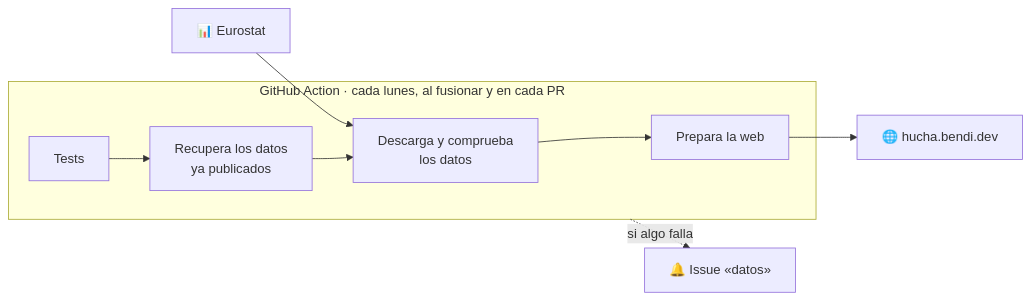
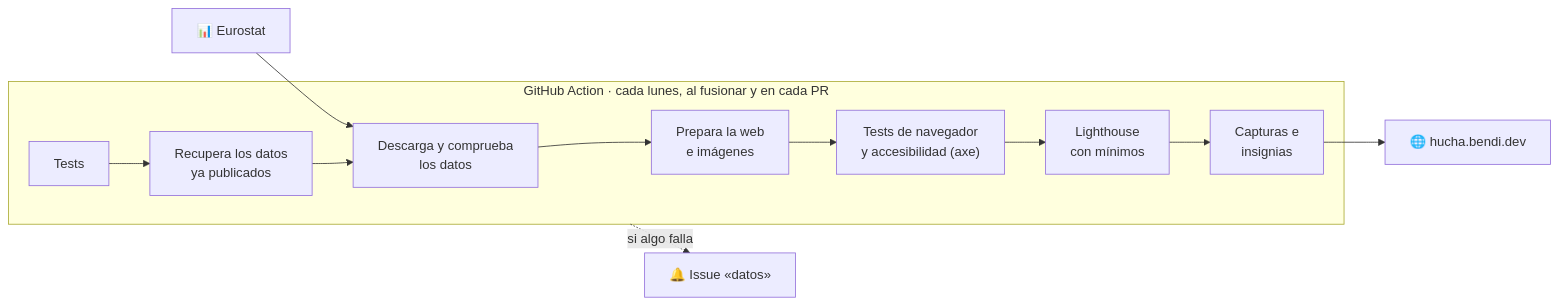
One commit to serbenda/hucha changed the diagram in README.md. Above: the diagram before and after it, drawn with Mermaid. The commit also changed other lines of this file, not shown here.

Commit message:
README: insignias de Lighthouse, capturas y cómo se prueba

````diff
--- a/README.md
+++ b/README.md
@@ -50,9 +72,10 @@
 ```mermaid
 flowchart LR
     EU["📊 Eurostat"] --> DES
     subgraph Action["GitHub Action · cada lunes, al fusionar y en cada PR"]
-        TEST["Tests"] --> REC["Recupera los datos<br/>ya publicados"] --> DES["Descarga y comprueba<br/>los datos"] --> WEB["Prepara la web"]
+        TEST["Tests"] --> REC["Recupera los datos<br/>ya publicados"] --> DES["Descarga y comprueba<br/>los datos"] --> WEB["Prepara la web<br/>e imágenes"]
+        WEB --> E2E["Tests de navegador<br/>y accesibilidad (axe)"] --> LH["Lighthouse<br/>con mínimos"] --> CAP["Capturas e<br/>insignias"]
     end
-    WEB --> PAGES["🌐 hucha.bendi.dev"]
+    CAP --> PAGES["🌐 hucha.bendi.dev"]
     Action -. "si algo falla" .-> ISSUE["🔔 Issue «datos»"]
 ```
````
